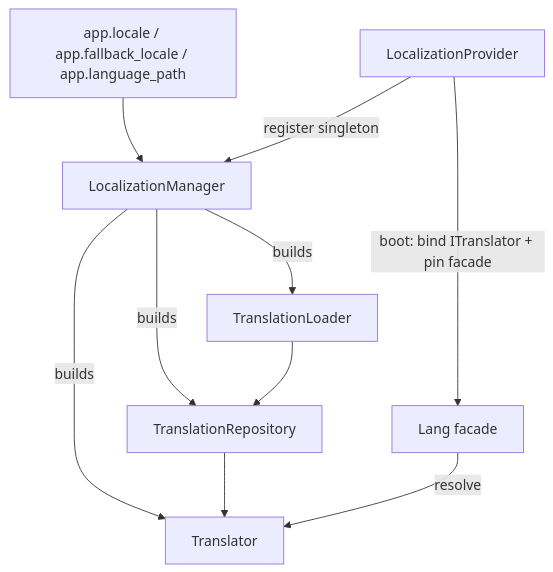
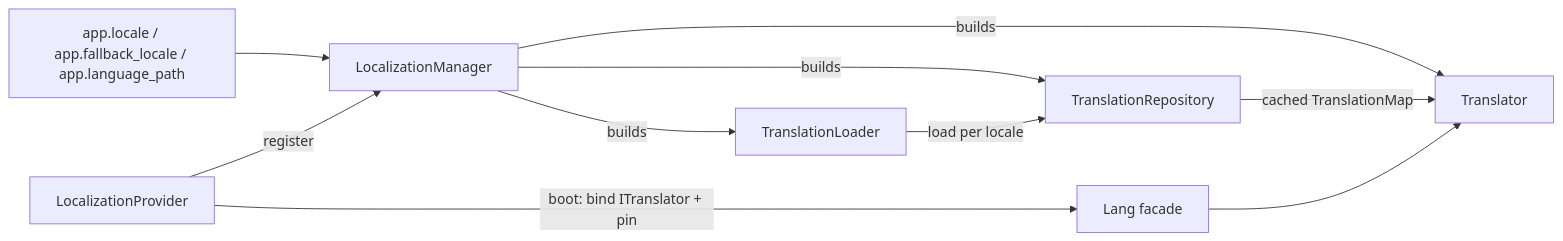
The diagram in orionis/localization/docs/README.md (orionis-framework/framework), drawn with Mermaid before and after one commit. The commit also changed other lines of this file and 2 other files, not shown here.

````diff
--- a/orionis/localization/docs/README.md
+++ b/orionis/localization/docs/README.md
@@ -92,12 +56,12 @@
 ```mermaid
-graph TD
+graph LR
     A[app.locale / app.fallback_locale / app.language_path] --> B[LocalizationManager]
     B -->|builds| C[TranslationLoader]
     B -->|builds| D[TranslationRepository]
     B -->|builds| E[Translator]
-    C --> D
-    D --> E
-    F[LocalizationProvider] -->|register singleton| B
-    F -->|boot: bind ITranslator + pin facade| G[Lang facade]
-    G -->|resolve| E
+    C -->|load per locale| D
+    D -->|cached TranslationMap| E
+    F[LocalizationProvider] -->|register| B
+    F -->|boot: bind ITranslator + pin| G[Lang facade]
+    G --> E
 ```
````
